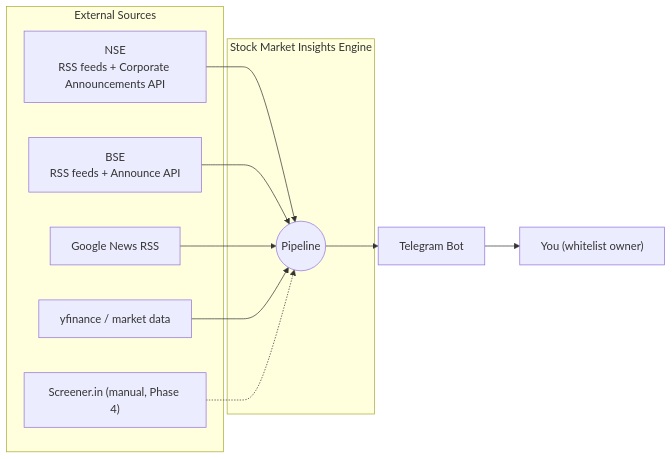
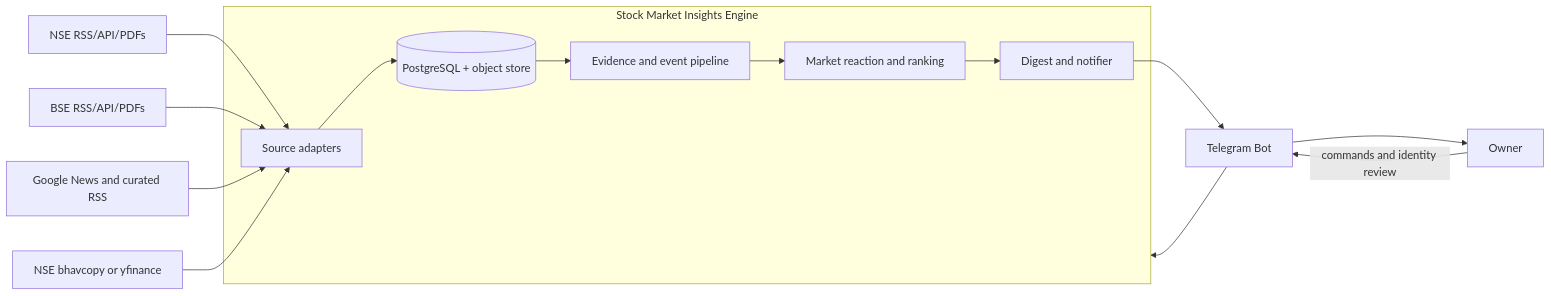
One commit to product-noob/stock-tracker changed the first of 3 diagrams in docs/architecture-hld.md. Above: the diagram before and after it, drawn with Mermaid. The commit also changed other lines of this file and 6 other files, not shown here.

Commit message:
feat(db): redesign schema for auditable pipeline

````diff
--- a/docs/architecture-hld.md
+++ b/docs/architecture-hld.md
@@ -20,24 +43,24 @@
 ```mermaid
 flowchart LR
-    subgraph External Sources
-        NSE["NSE\nRSS feeds + Corporate Announcements API"]
-        BSE["BSE\nRSS feeds + Announce API"]
-        GN["Google News RSS"]
-        YF["yfinance / market data"]
-        SCR["Screener.in (manual, Phase 4)"]
+    NSE[NSE RSS/API/PDFs]
+    BSE[BSE RSS/API/PDFs]
+    NEWS[Google News and curated RSS]
+    PRICES[NSE bhavcopy or yfinance]
+    USER[Owner]
+    TG[Telegram Bot]
+
+    subgraph ENGINE[Stock Market Insights Engine]
+      FETCH[Source adapters]
+      STORE[(PostgreSQL + object store)]
+      INTEL[Evidence and event pipeline]
+      SIGNAL[Market reaction and ranking]
+      DELIVER[Digest and notifier]
     end
 
-    subgraph System["Stock Market Insights Engine"]
-        CORE((Pipeline))
-    end
-
-    TG["Telegram Bot"]
-    USER["You (whitelist owner)"]
-
-    NSE --> CORE
-    BSE --> CORE
-    GN --> CORE
-    YF --> CORE
-    SCR -.-> CORE
-    CORE --> TG --> USER
+    NSE --> FETCH
+    BSE --> FETCH
+    NEWS --> FETCH
+    PRICES --> FETCH
+    FETCH --> STORE --> INTEL --> SIGNAL --> DELIVER --> TG --> USER
+    USER -->|commands and identity review| TG --> ENGINE
 ```
````
